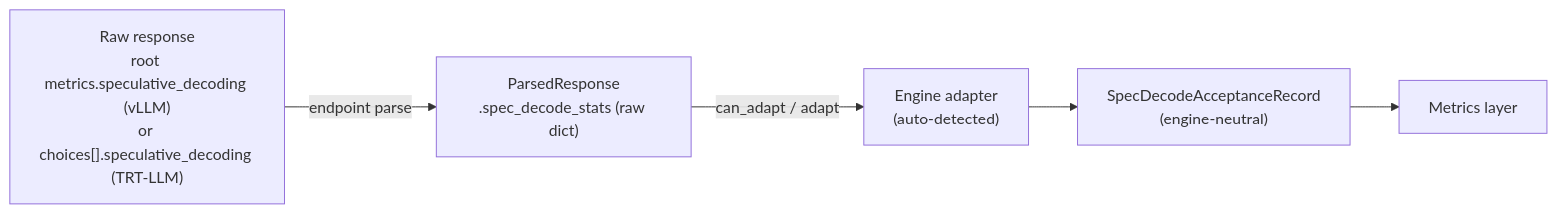
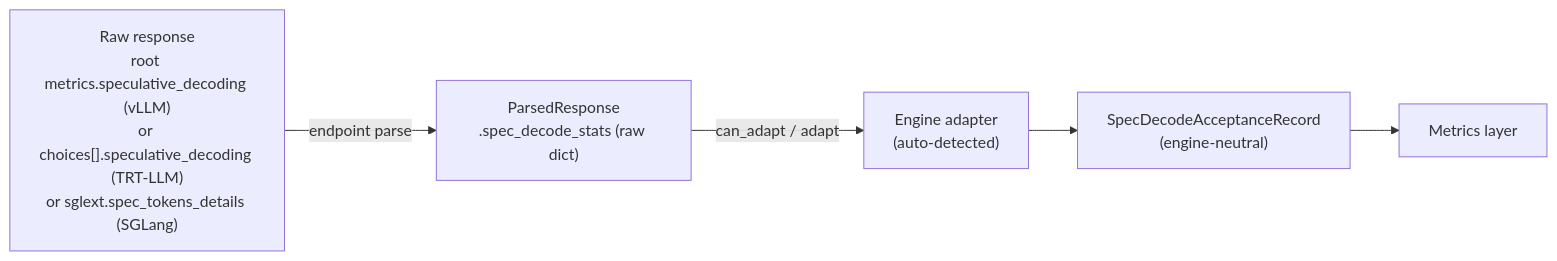
Before and after one commit to ai-dynamo/aiperf: the diagram in docs/reference/spec-decode-acceptance.md, drawn with Mermaid. The commit also changed other lines of this file and 12 other files, not shown here.

Commit message:
feat: add SGLang per-request speculative decoding metrics

````diff
--- a/docs/reference/spec-decode-acceptance.md
+++ b/docs/reference/spec-decode-acceptance.md
@@ -89,9 +89,9 @@
 ```mermaid
 flowchart LR
-    R["Raw response<br/>root metrics.speculative_decoding (vLLM)<br/>or choices[].speculative_decoding (TRT-LLM)"]
+    R["Raw response<br/>root metrics.speculative_decoding (vLLM)<br/>or choices[].speculative_decoding (TRT-LLM)<br/>or sglext.spec_tokens_details (SGLang)"]
     P["ParsedResponse<br/>.spec_decode_stats (raw dict)"]
     A["Engine adapter<br/>(auto-detected)"]
     N["SpecDecodeAcceptanceRecord<br/>(engine-neutral)"]
     M["Metrics layer"]
     R -->|endpoint parse| P -->|can_adapt / adapt| A --> N --> M
 ```
````
